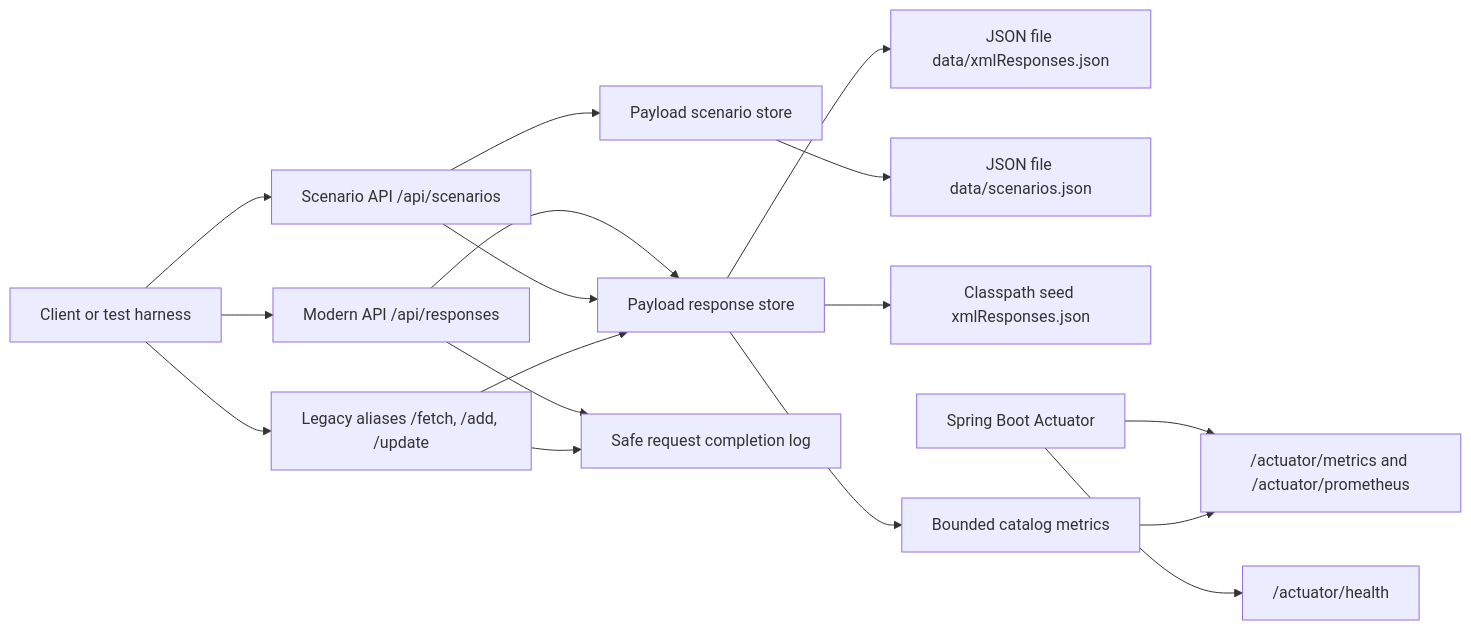
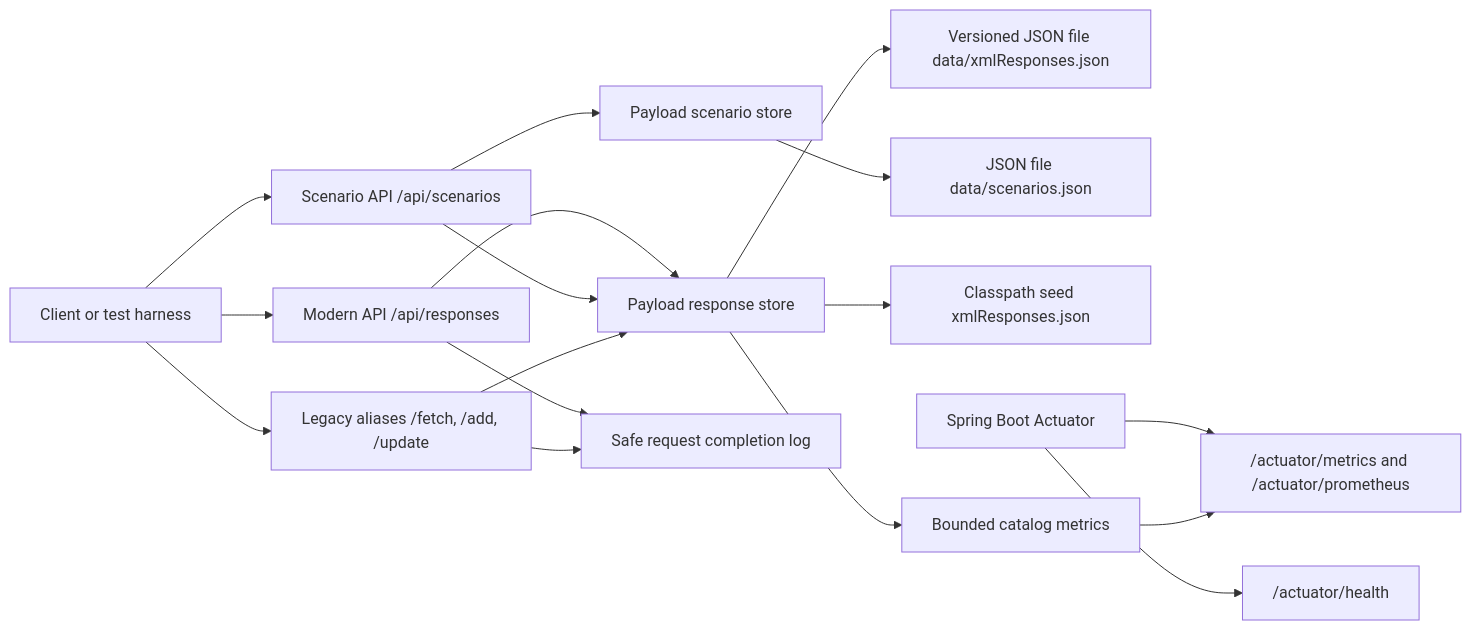
Before and after one commit to J4vedskh/payloadprobe-lab: the first of 3 diagrams in docs/architecture.md, drawn with Mermaid. The commit also changed other lines of this file and 23 other files, not shown here.

````diff
--- a/docs/architecture.md
+++ b/docs/architecture.md
@@ -57,19 +79,19 @@
 ```mermaid
 flowchart LR
     Client["Client or test harness"] --> ModernApi["Modern API /api/responses"]
     Client --> ScenarioApi["Scenario API /api/scenarios"]
     Client --> LegacyApi["Legacy aliases /fetch, /add, /update"]
     ModernApi --> Store["Payload response store"]
     ScenarioApi --> Store
     ScenarioApi --> ScenarioStore["Payload scenario store"]
     LegacyApi --> Store
     ModernApi --> RequestLog["Safe request completion log"]
     LegacyApi --> RequestLog
-    Store --> JsonFile["JSON file data/xmlResponses.json"]
+    Store --> JsonFile["Versioned JSON file data/xmlResponses.json"]
     ScenarioStore --> ScenarioFile["JSON file data/scenarios.json"]
     Store --> Seed["Classpath seed xmlResponses.json"]
     Spring["Spring Boot Actuator"] --> Health["/actuator/health"]
     Store --> Metrics["Bounded catalog metrics"]
     Spring --> MetricsApi["/actuator/metrics and /actuator/prometheus"]
     Metrics --> MetricsApi
 ```
````
